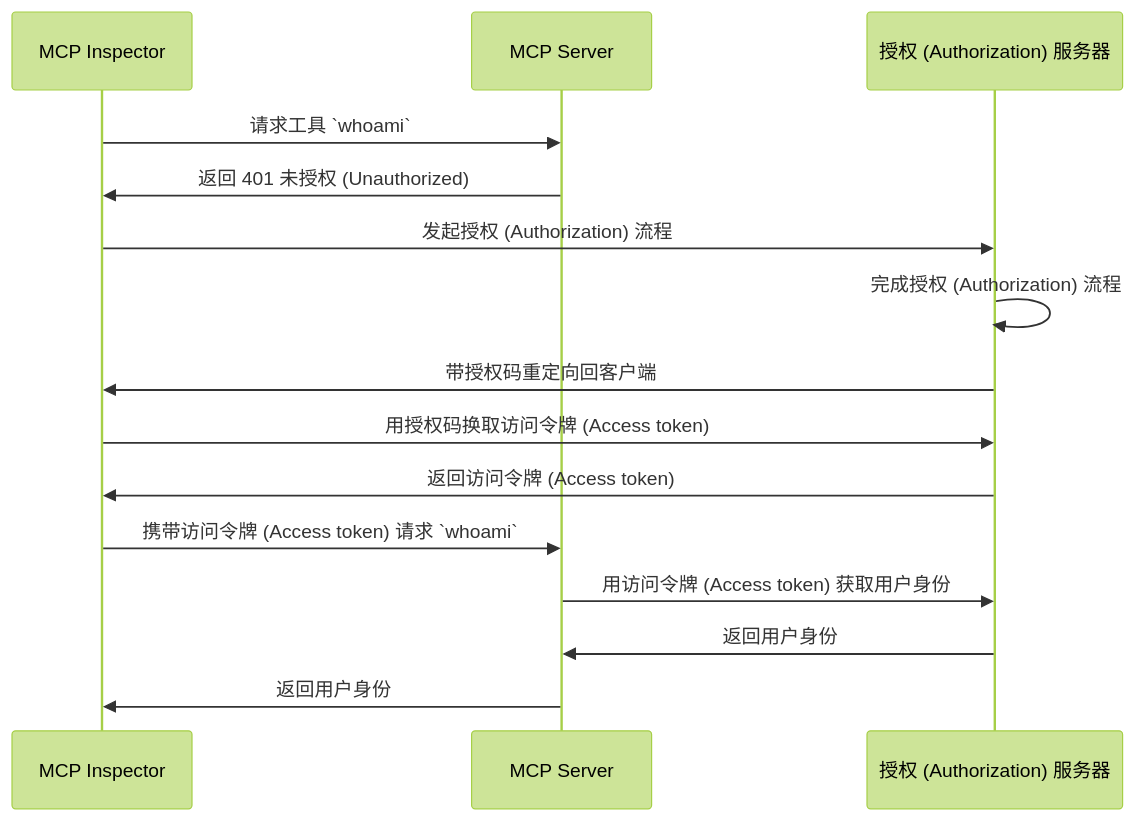
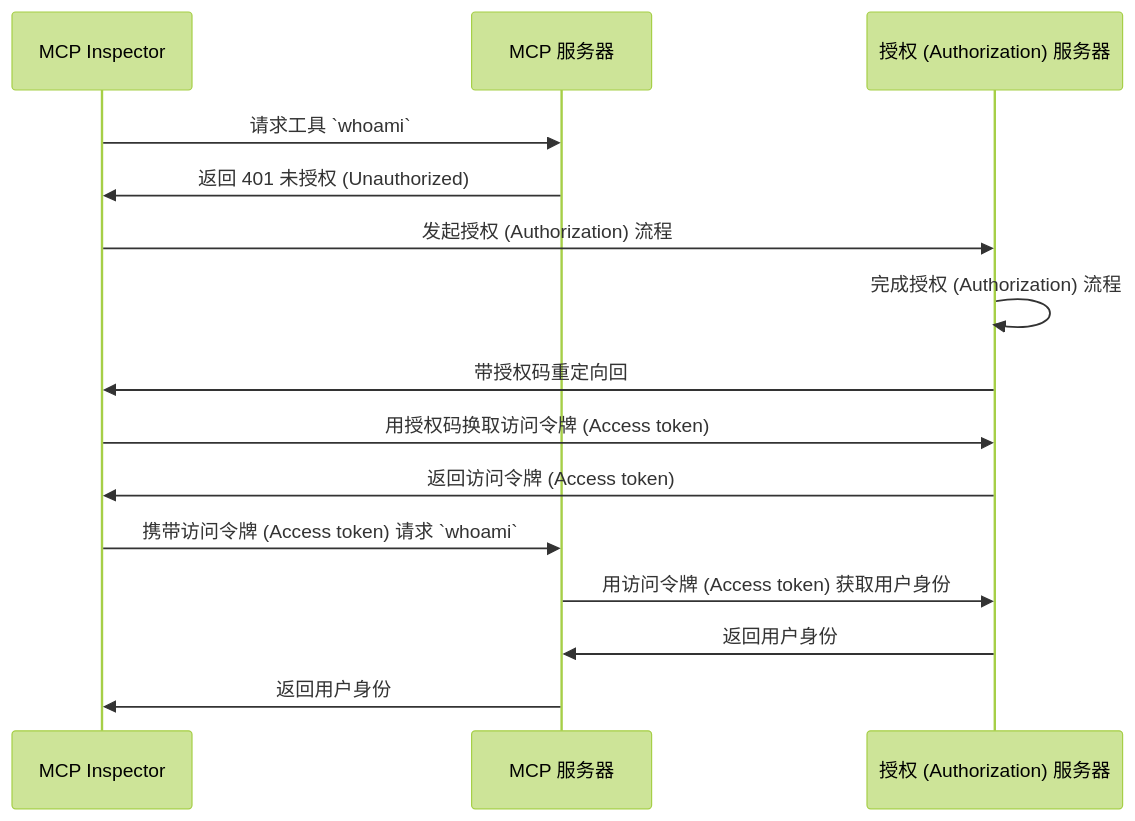
The diagram in i18n/zh-CN/docusaurus-plugin-content-docs/current/tutorials/whoami/README.mdx (mcp-auth/docs), drawn with Mermaid (forest theme) before and after one commit. The commit also changed other lines of this file and 17 other files, not shown here.

````diff
--- a/i18n/zh-CN/docusaurus-plugin-content-docs/current/tutorials/whoami/README.mdx
+++ b/i18n/zh-CN/docusaurus-plugin-content-docs/current/tutorials/whoami/README.mdx
@@ -31,18 +31,18 @@
 ```mermaid
 sequenceDiagram
     participant Client as MCP Inspector
-    participant Server as MCP Server
+    participant Server as MCP 服务器
     participant Auth as 授权 (Authorization) 服务器
 
     Client->>Server: 请求工具 `whoami`
     Server->>Client: 返回 401 未授权 (Unauthorized)
     Client->>Auth: 发起授权 (Authorization) 流程
     Auth->>Auth: 完成授权 (Authorization) 流程
-    Auth->>Client: 带授权码重定向回客户端
+    Auth->>Client: 带授权码重定向回
     Client->>Auth: 用授权码换取访问令牌 (Access token)
     Auth->>Client: 返回访问令牌 (Access token)
     Client->>Server: 携带访问令牌 (Access token) 请求 `whoami`
     Server->>Auth: 用访问令牌 (Access token) 获取用户身份
     Auth->>Server: 返回用户身份
     Server->>Client: 返回用户身份
 ```
````
